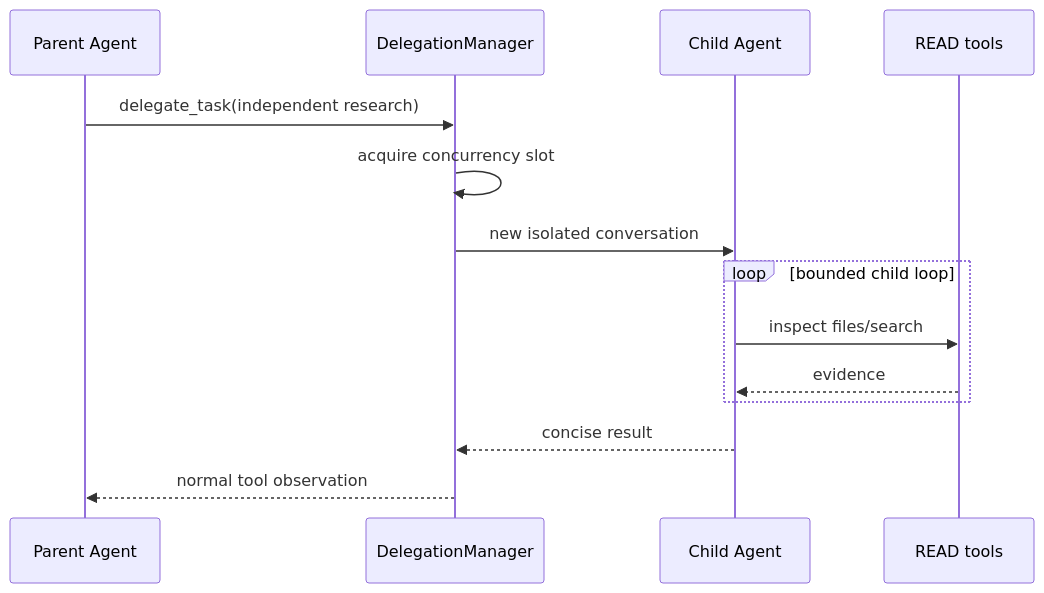
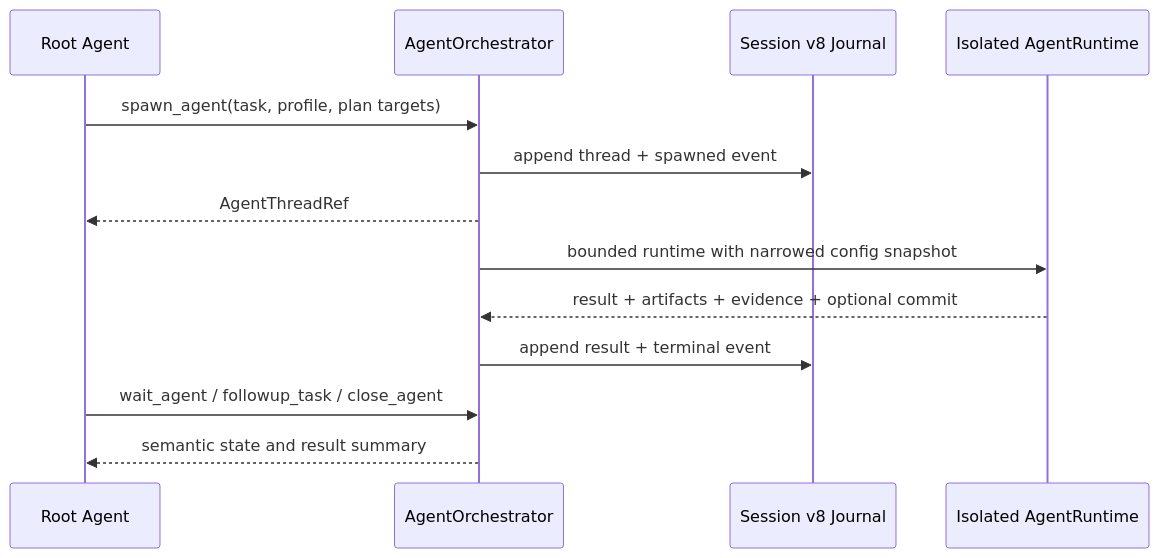
The second of 2 diagrams in docs/architecture-guide/06-extensions-and-delegation.md (JasonYZzz/lumen), drawn with Mermaid before and after one commit. The commit also changed other lines of this file and 205 other files, not shown here.

````diff
--- a/docs/architecture-guide/06-extensions-and-delegation.md
+++ b/docs/architecture-guide/06-extensions-and-delegation.md
@@ -53,17 +55,16 @@
 ```mermaid
 sequenceDiagram
-    participant Parent as Parent Agent
-    participant DM as DelegationManager
-    participant Child as Child Agent
-    participant Read as READ tools
+    participant Parent as Root Agent
+    participant AO as AgentOrchestrator
+    participant SR as Session v8 Journal
+    participant Child as Isolated AgentRuntime
 
-    Parent->>DM: delegate_task(independent research)
-    DM->>DM: acquire concurrency slot
-    DM->>Child: new isolated conversation
-    loop bounded child loop
-        Child->>Read: inspect files/search
-        Read-->>Child: evidence
-    end
-    Child-->>DM: concise result
-    DM-->>Parent: normal tool observation
+    Parent->>AO: spawn_agent(task, profile, plan targets)
+    AO->>SR: append thread + spawned event
+    AO-->>Parent: AgentThreadRef
+    AO->>Child: bounded runtime with narrowed config snapshot
+    Child-->>AO: result + artifacts + evidence + optional commit
+    AO->>SR: append result + terminal event
+    Parent->>AO: wait_agent / followup_task / close_agent
+    AO-->>Parent: semantic state and result summary
 ```
````
